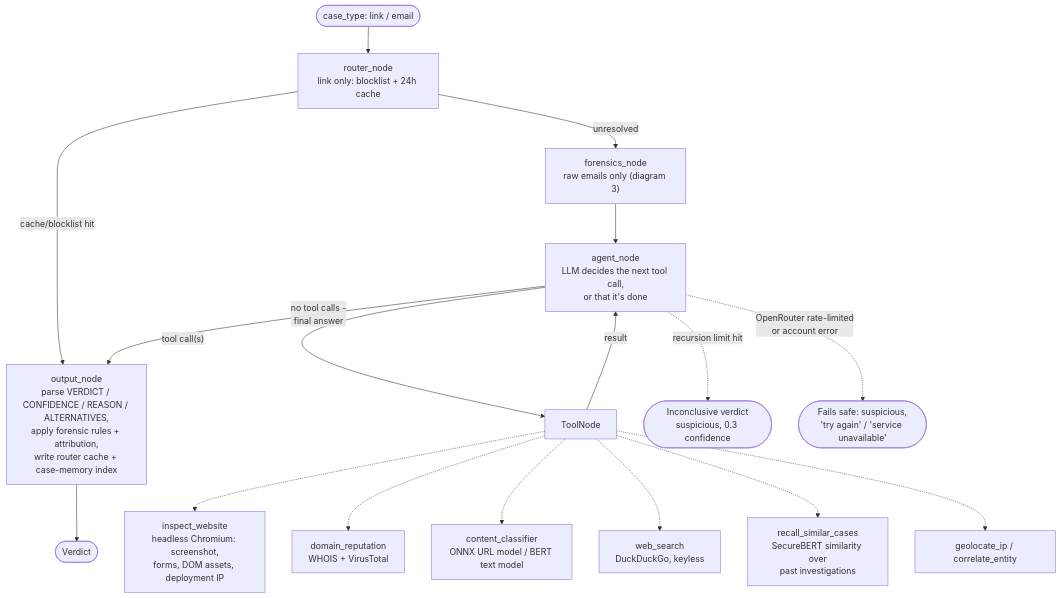
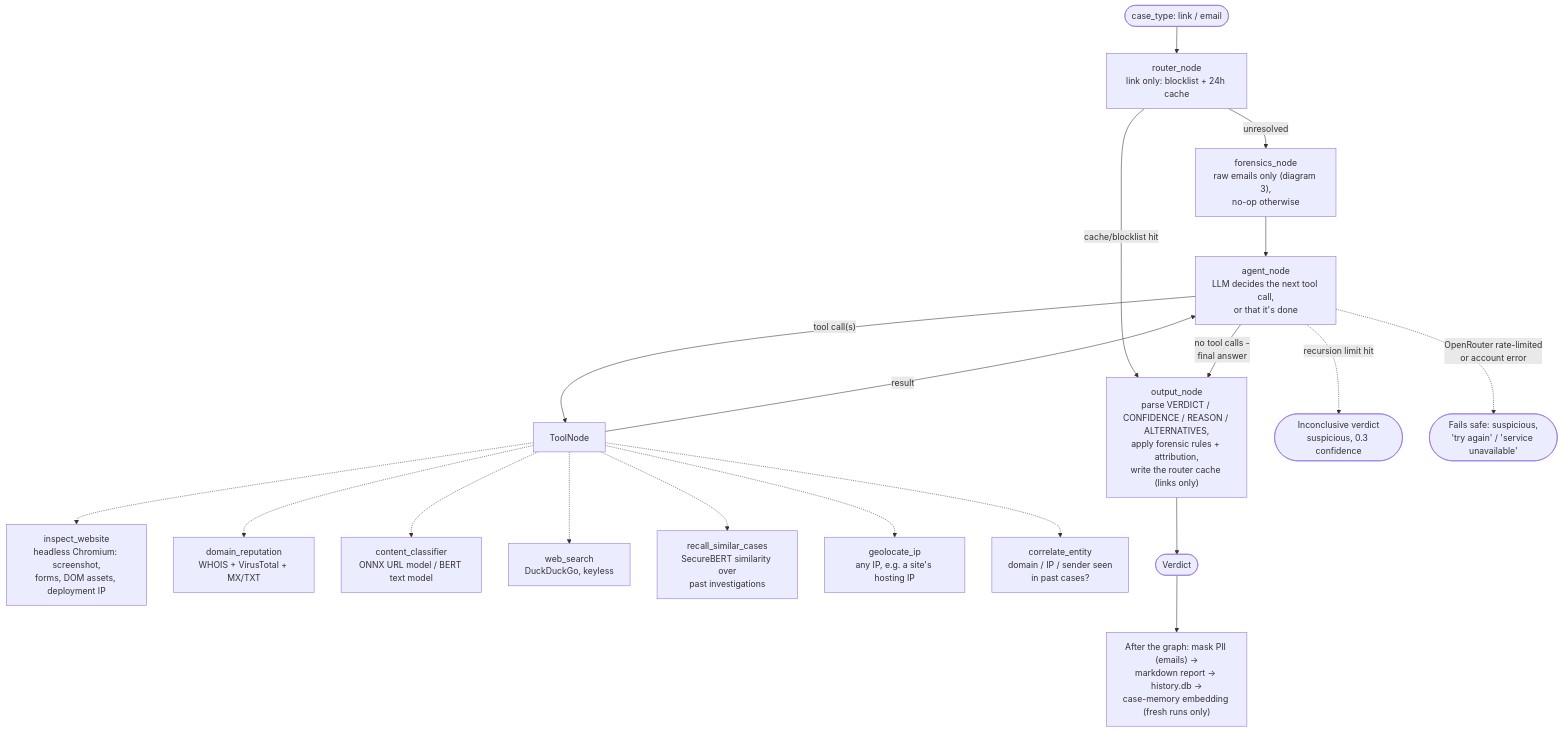
Before and after one commit to code-YK/Security-Copilot-Sih26: the fourth of 4 diagrams in README.md, drawn with Mermaid. The commit also changed other lines of this file and 2 other files, not shown here.

````diff
--- a/README.md
+++ b/README.md
@@ -139,25 +130,27 @@
 ```mermaid
 flowchart TD
-    ENTRY(["case_type: link / email"]) --> ROUTER["router_node\nlink only: blocklist + 24h cache"]
+    ENTRY(["case_type: link / email"]) --> ROUTER["router_node<br/>link only: blocklist + 24h cache"]
 
     ROUTER -->|"cache/blocklist hit"| OUTPUT
-    ROUTER -->|"unresolved"| FORENSICSNODE["forensics_node\nraw emails only (diagram 3)"]
+    ROUTER -->|"unresolved"| FORENSICSNODE["forensics_node<br/>raw emails only (diagram 3),<br/>no-op otherwise"]
     FORENSICSNODE --> AGENTNODE
 
-    AGENTNODE["agent_node\nLLM decides the next tool call,\nor that it's done"] -->|"tool call(s)"| TOOLNODE
+    AGENTNODE["agent_node<br/>LLM decides the next tool call,<br/>or that it's done"] -->|"tool call(s)"| TOOLNODE
     TOOLNODE["ToolNode"] -->|"result"| AGENTNODE
-    AGENTNODE -->|"no tool calls -\nfinal answer"| OUTPUT
+    AGENTNODE -->|"no tool calls -<br/>final answer"| OUTPUT
 
-    TOOLNODE -.-> T1["inspect_website\nheadless Chromium: screenshot,\nforms, DOM assets, deployment IP"]
-    TOOLNODE -.-> T2["domain_reputation\nWHOIS + VirusTotal"]
-    TOOLNODE -.-> T3["content_classifier\nONNX URL model / BERT text model"]
-    TOOLNODE -.-> T4["web_search\nDuckDuckGo, keyless"]
-    TOOLNODE -.-> T5["recall_similar_cases\nSecureBERT similarity over\npast investigations"]
-    TOOLNODE -.-> T6["geolocate_ip / correlate_entity"]
+    TOOLNODE -.-> T1["inspect_website<br/>headless Chromium: screenshot,<br/>forms, DOM assets, deployment IP"]
+    TOOLNODE -.-> T2["domain_reputation<br/>WHOIS + VirusTotal + MX/TXT"]
+    TOOLNODE -.-> T3["content_classifier<br/>ONNX URL model / BERT text model"]
+    TOOLNODE -.-> T4["web_search<br/>DuckDuckGo, keyless"]
+    TOOLNODE -.-> T5["recall_similar_cases<br/>SecureBERT similarity over<br/>past investigations"]
+    TOOLNODE -.-> T6["geolocate_ip<br/>any IP, e.g. a site's hosting IP"]
+    TOOLNODE -.-> T7["correlate_entity<br/>domain / IP / sender seen<br/>in past cases?"]
 
-    OUTPUT["output_node\nparse VERDICT / CONFIDENCE / REASON / ALTERNATIVES,\napply forensic rules + attribution,\nwrite router cache + case-memory index"]
+    OUTPUT["output_node<br/>parse VERDICT / CONFIDENCE / REASON / ALTERNATIVES,<br/>apply forensic rules + attribution,<br/>write the router cache (links only)"]
     OUTPUT --> VERDICT(["Verdict"])
+    VERDICT --> PERSIST["After the graph: mask PII (emails) →<br/>markdown report → history.db →<br/>case-memory embedding (fresh runs only)"]
 
-    AGENTNODE -.->|"recursion limit hit"| FAILSAFE1(["Inconclusive verdict\nsuspicious, 0.3 confidence"])
-    AGENTNODE -.->|"OpenRouter rate-limited\nor account error"| FAILSAFE2(["Fails safe: suspicious,\n'try again' / 'service unavailable'"])
+    AGENTNODE -.->|"recursion limit hit"| FAILSAFE1(["Inconclusive verdict<br/>suspicious, 0.3 confidence"])
+    AGENTNODE -.->|"OpenRouter rate-limited<br/>or account error"| FAILSAFE2(["Fails safe: suspicious,<br/>'try again' / 'service unavailable'"])
 ```
````
